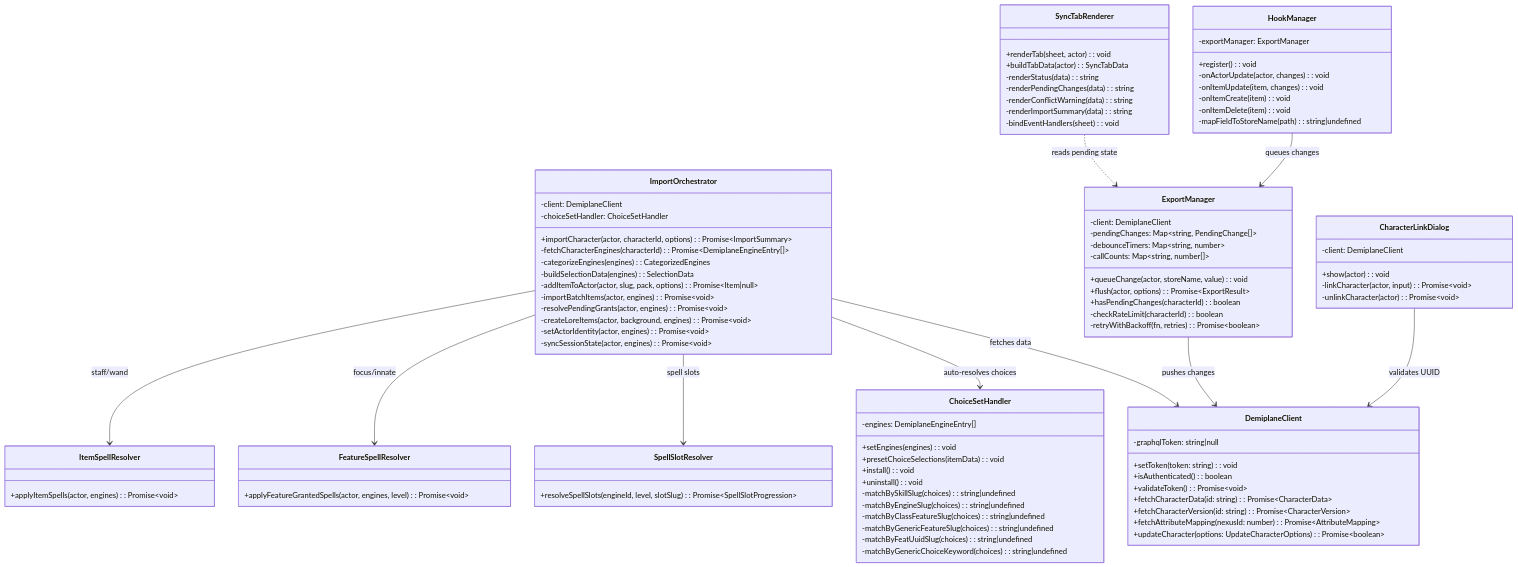
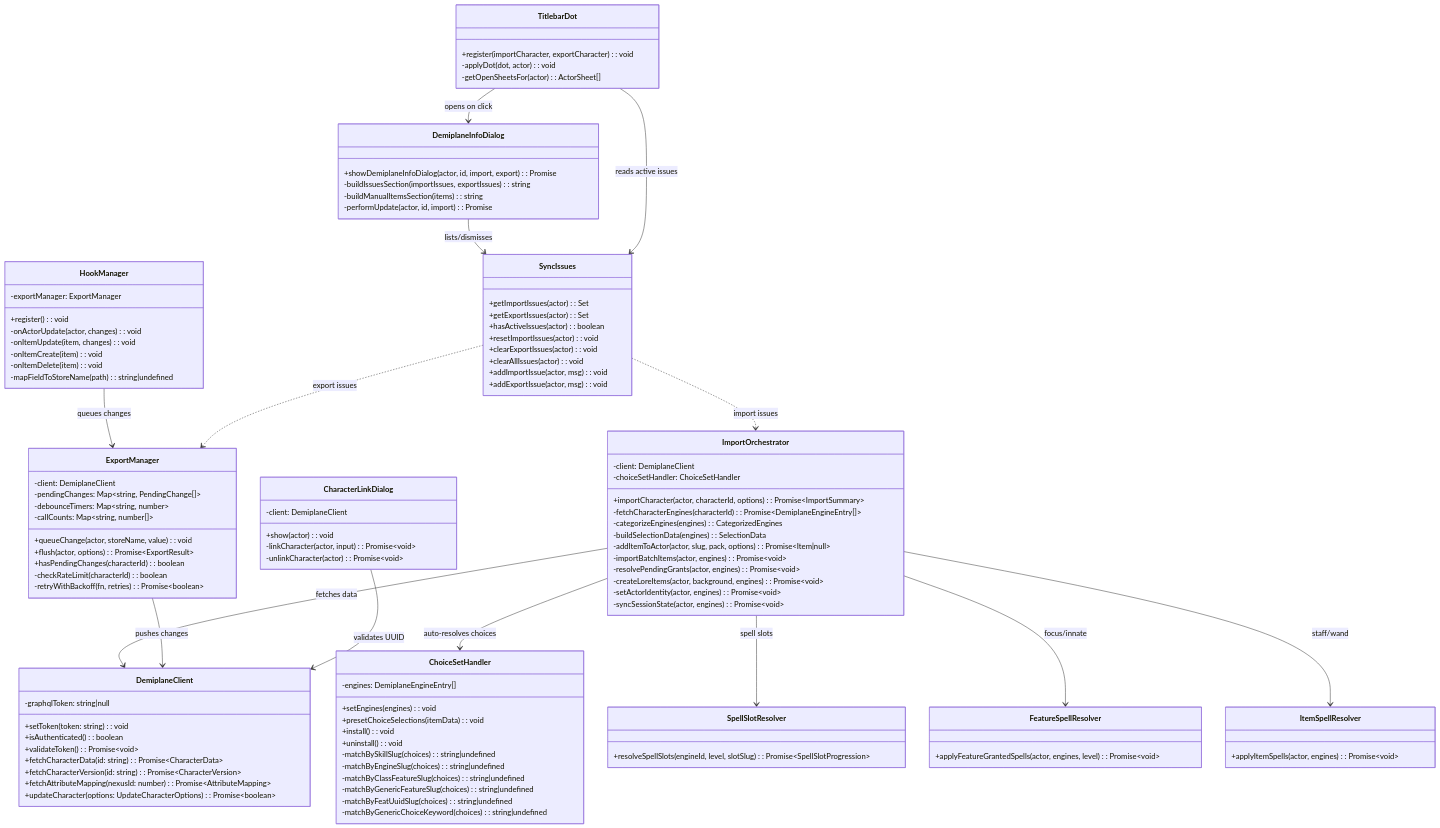
One commit to scooper4711/demiplane-pf2e changed the second of 7 diagrams in docs/ARCHITECTURE.md. Above: the diagram before and after it, drawn with Mermaid. The commit also changed other lines of this file and 28 other files, not shown here.

First line of the commit message:
feat: add red sync-issue indicator to linked actor sheets

````diff
--- a/docs/ARCHITECTURE.md
+++ b/docs/ARCHITECTURE.md
@@ -157,14 +159,28 @@
         -mapFieldToStoreName(path): string|undefined
     }
 
-    class SyncTabRenderer {
-        +renderTab(sheet, actor): void
-        +buildTabData(actor): SyncTabData
-        -renderStatus(data): string
-        -renderPendingChanges(data): string
-        -renderConflictWarning(data): string
-        -renderImportSummary(data): string
-        -bindEventHandlers(sheet): void
+    class TitlebarDot {
+        +register(importCharacter, exportCharacter): void
+        -applyDot(dot, actor): void
+        -getOpenSheetsFor(actor): ActorSheet[]
+    }
+
+    class SyncIssues {
+        +getImportIssues(actor): Set
+        +getExportIssues(actor): Set
+        +hasActiveIssues(actor): boolean
+        +resetImportIssues(actor): void
+        +clearExportIssues(actor): void
+        +clearAllIssues(actor): void
+        +addImportIssue(actor, msg): void
+        +addExportIssue(actor, msg): void
+    }
+
+    class DemiplaneInfoDialog {
+        +showDemiplaneInfoDialog(actor, id, import, export): Promise
+        -buildIssuesSection(importIssues, exportIssues): string
+        -buildManualItemsSection(items): string
+        -performUpdate(actor, id, import): Promise
     }
 
     class CharacterLinkDialog {
@@ -209,6 +225,10 @@
     ExportManager --> DemiplaneClient : pushes changes
     HookManager --> ExportManager : queues changes
 
-    SyncTabRenderer ..> ExportManager : reads pending state
+    SyncIssues ..> ExportManager : export issues
+    SyncIssues ..> ImportOrchestrator : import issues
+    DemiplaneInfoDialog --> SyncIssues : lists/dismisses
+    TitlebarDot --> SyncIssues : reads active issues
+    TitlebarDot --> DemiplaneInfoDialog : opens on click
     CharacterLinkDialog --> DemiplaneClient : validates UUID
 ```
````
